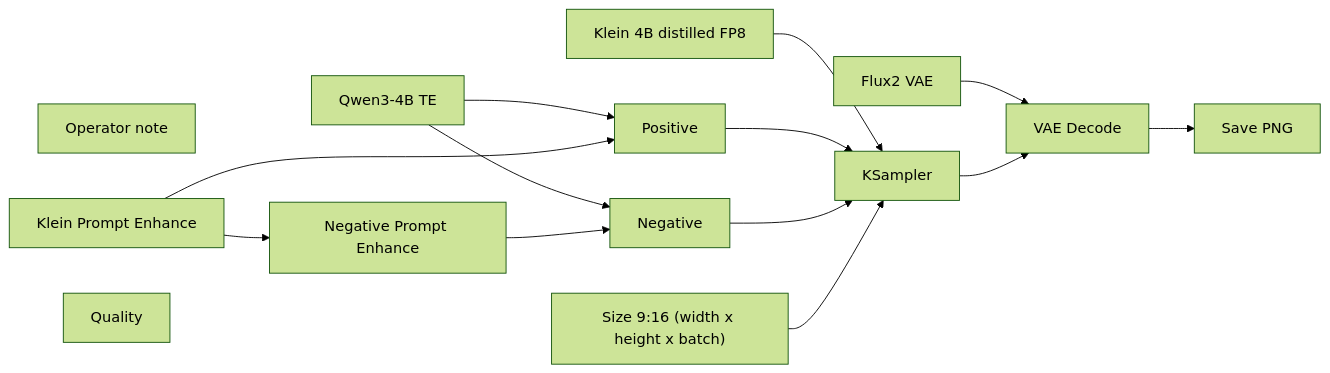
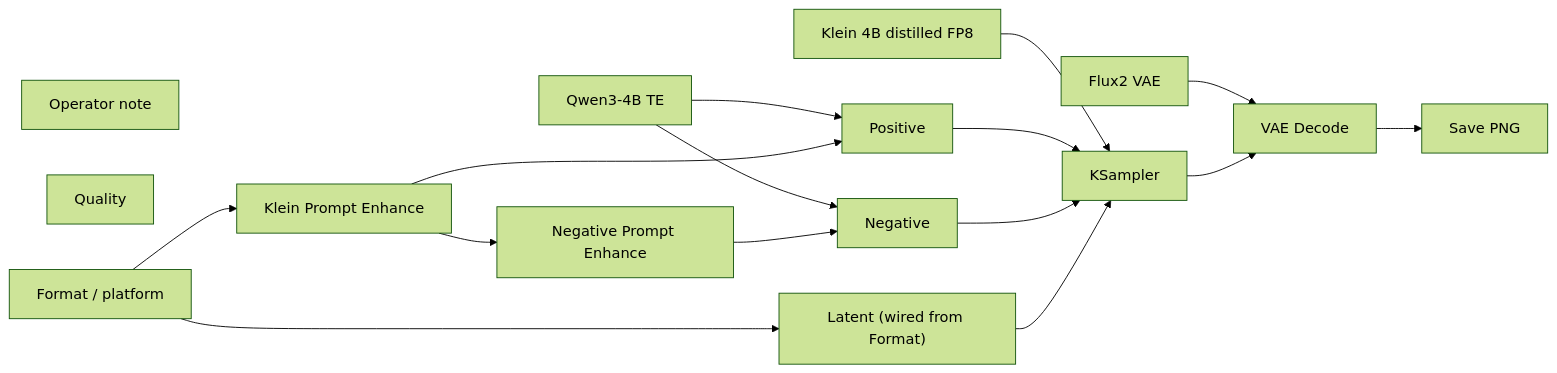
The diagram in docs/generated/workflows/klein/shorts-still.md (toxicoder/ez-comfy-stack), drawn with Mermaid (forest theme) before and after one commit. The commit also changed other lines of this file and 312 other files, not shown here.

First line of the commit message:
feat: Format / platform on Klein, Wan, and LTX Apps

````diff
--- a/docs/generated/workflows/klein/shorts-still.md
+++ b/docs/generated/workflows/klein/shorts-still.md
@@ -49,28 +51,31 @@
 ```mermaid
 flowchart LR
   N1["Klein 4B distilled FP8"]
   N2["Qwen3-4B TE"]
   N3["Flux2 VAE"]
   N4["Positive"]
   N5["Negative"]
-  N6["Size 9:16 (width x height x batch)"]
+  N6["Latent (wired from Format)"]
   N7["KSampler"]
   N8["VAE Decode"]
   N9["Save PNG"]
   N10["Operator note"]
   N11["Klein Prompt Enhance"]
   N12["Negative Prompt Enhance"]
   N13["Quality"]
+  N14["Format / platform"]
   N1 --> N7
   N2 --> N4
   N2 --> N5
   N3 --> N8
   N4 --> N7
   N5 --> N7
   N6 --> N7
   N7 --> N8
   N8 --> N9
   N11 --> N4
   N11 --> N12
   N12 --> N5
+  N14 --> N6
+  N14 --> N11
 ```
````
